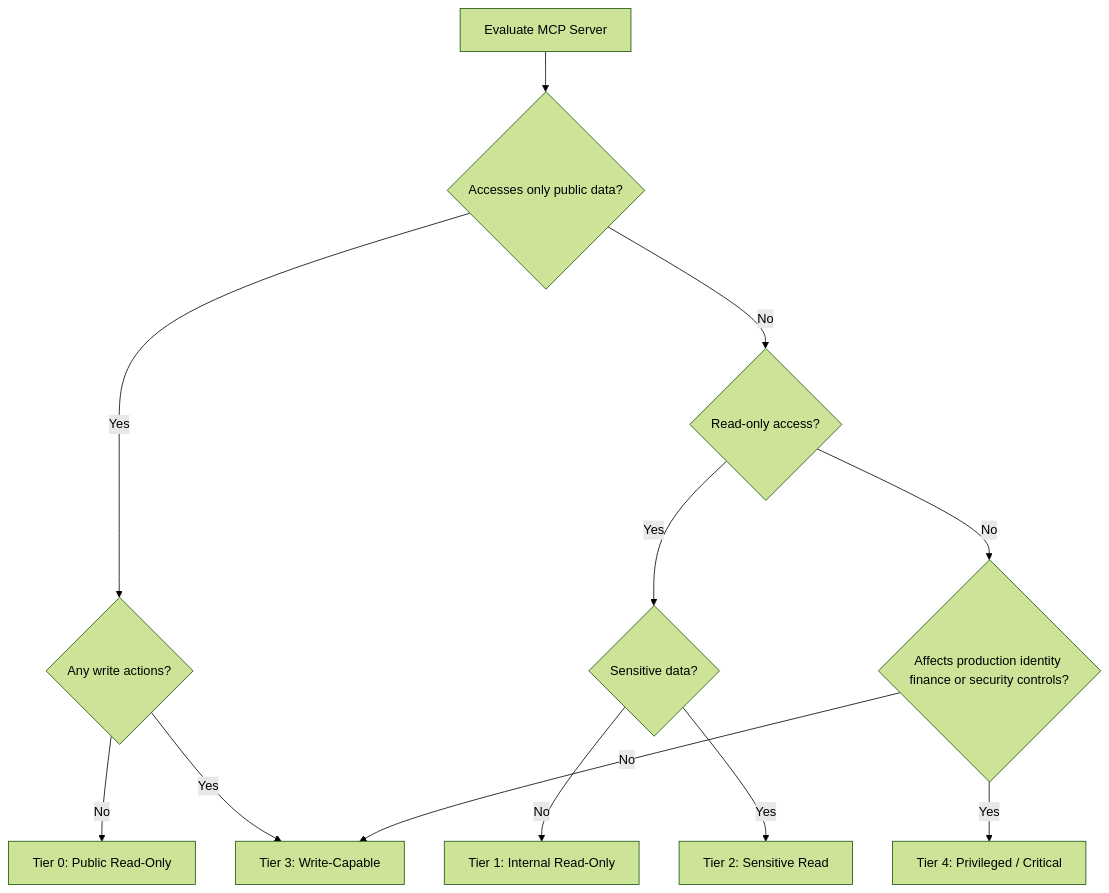
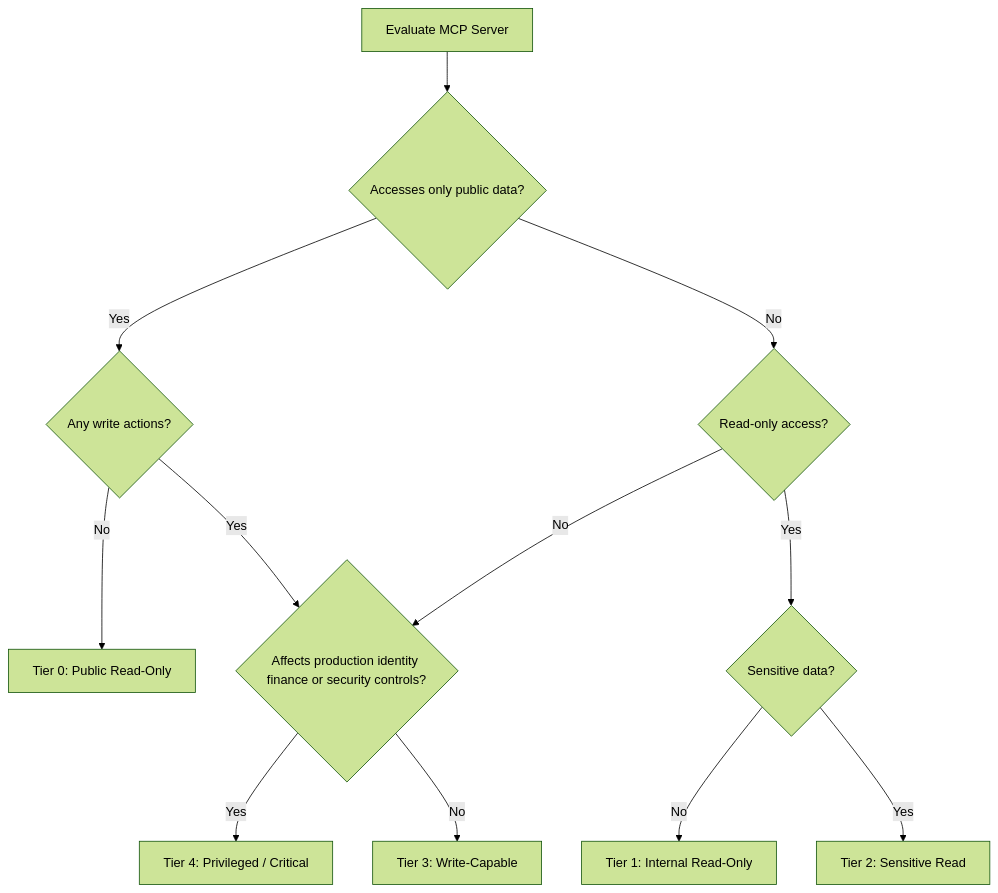
One commit to mcp-security-project/mcp-governance-risks changed the diagram in mcp-governance-risk-framework-v1.0.md. Above: the diagram before and after it, drawn with Mermaid (forest theme).

Commit message:
Decision tree: route public-data write servers through the privileged-impact check
A server that reads only public data but has write actions previously
went straight to Tier 3 without ever hitting the 'affects production,
identity, finance, or security controls?' question - so a public-read
server that can modify security-relevant systems could never reach
Tier 4. Route that branch through q3 like every other write path.

````diff
--- a/mcp-governance-risk-framework-v1.0.md
+++ b/mcp-governance-risk-framework-v1.0.md
@@ -1055,14 +1055,14 @@
 ```mermaid
 flowchart TD
     start[Evaluate MCP Server] --> q1{Accesses only public data?}
     q1 -->|Yes| q1b{Any write actions?}
     q1b -->|No| tier0[Tier 0: Public Read-Only]
-    q1b -->|Yes| tier3[Tier 3: Write-Capable]
+    q1b -->|Yes| q3
     q1 -->|No| q2{Read-only access?}
     q2 -->|Yes| q2b{Sensitive data?}
     q2b -->|No| tier1[Tier 1: Internal Read-Only]
     q2b -->|Yes| tier2[Tier 2: Sensitive Read]
     q2 -->|No| q3{Affects production identity finance or security controls?}
     q3 -->|Yes| tier4[Tier 4: Privileged / Critical]
-    q3 -->|No| tier3
+    q3 -->|No| tier3[Tier 3: Write-Capable]
 ```
````
